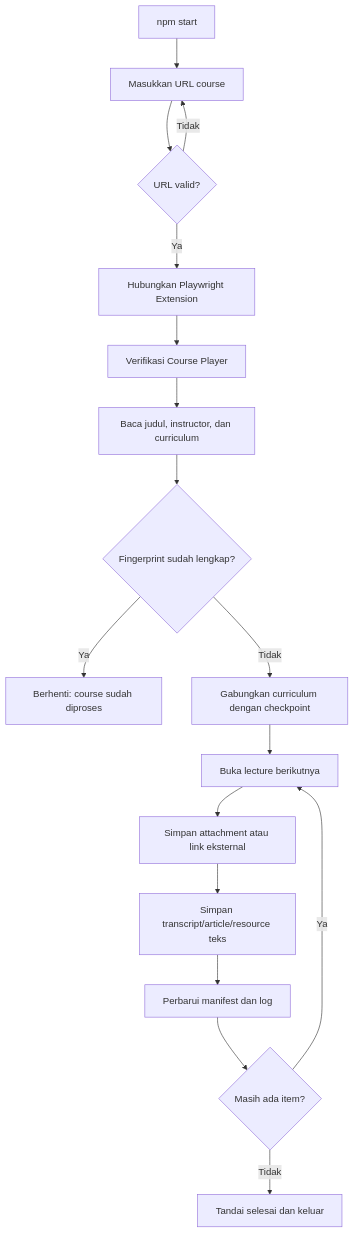
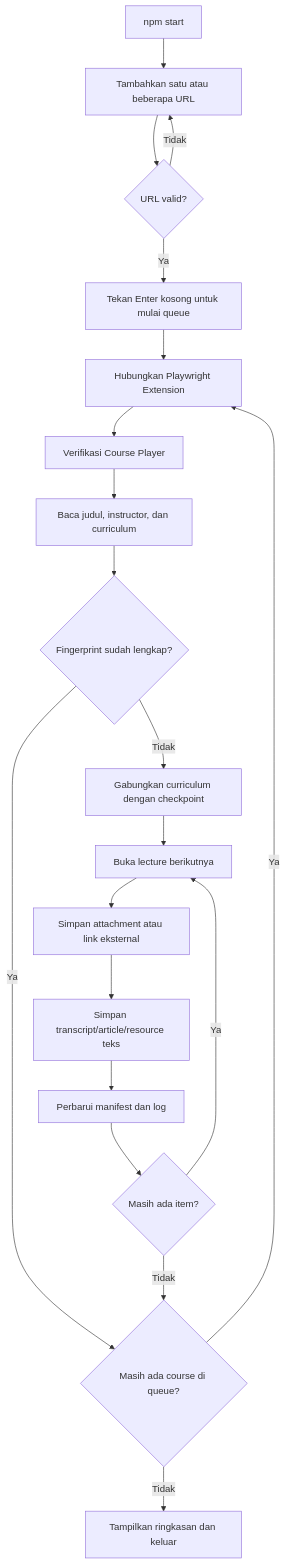
Before and after one commit to myfirnanda/scrap-udemy: the diagram in README.md, drawn with Mermaid. The commit also changed other lines of this file and 2 other files, not shown here.

Commit message:
feat: add sequential course queue

````diff
--- a/README.md
+++ b/README.md
@@ -23,19 +24,22 @@
 ```mermaid
 flowchart TD
-    A["npm start"] --> B["Masukkan URL course"]
+    A["npm start"] --> B["Tambahkan satu atau beberapa URL"]
     B --> C{"URL valid?"}
     C -->|Tidak| B
-    C -->|Ya| D["Hubungkan Playwright Extension"]
-    D --> E["Verifikasi Course Player"]
-    E --> F["Baca judul, instructor, dan curriculum"]
-    F --> G{"Fingerprint sudah lengkap?"}
-    G -->|Ya| H["Berhenti: course sudah diproses"]
-    G -->|Tidak| I["Gabungkan curriculum dengan checkpoint"]
+    C -->|Ya| D["Tekan Enter kosong untuk mulai queue"]
+    D --> E["Hubungkan Playwright Extension"]
+    E --> F["Verifikasi Course Player"]
+    F --> G["Baca judul, instructor, dan curriculum"]
+    G --> H{"Fingerprint sudah lengkap?"}
+    H -->|Ya| O
+    H -->|Tidak| I["Gabungkan curriculum dengan checkpoint"]
     I --> J["Buka lecture berikutnya"]
     J --> K["Simpan attachment atau link eksternal"]
     K --> L["Simpan transcript/article/resource teks"]
     L --> M["Perbarui manifest dan log"]
     M --> N{"Masih ada item?"}
     N -->|Ya| J
-    N -->|Tidak| O["Tandai selesai dan keluar"]
+    N -->|Tidak| O{"Masih ada course di queue?"}
+    O -->|Ya| E
+    O -->|Tidak| P["Tampilkan ringkasan dan keluar"]
 ```
````
